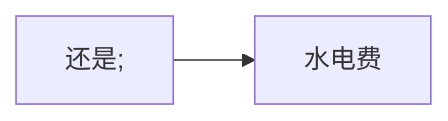
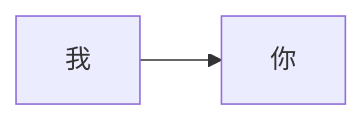
The first of 2 diagrams in README.md (zciyi/test), drawn with Mermaid before and after one commit.

````diff
--- a/README.md
+++ b/README.md
@@ -4,5 +4,5 @@
 ```mermaid
 flowchart LR
-        A["还是;"] -->B["水电费"]
+        A["我"] -->B["你"]
 
 ```
````
